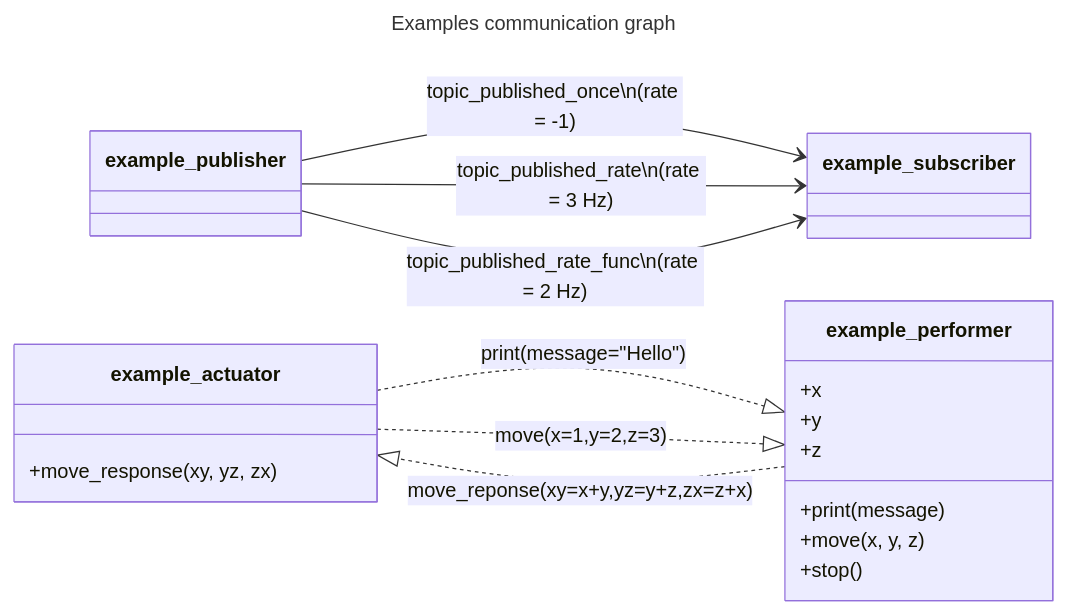
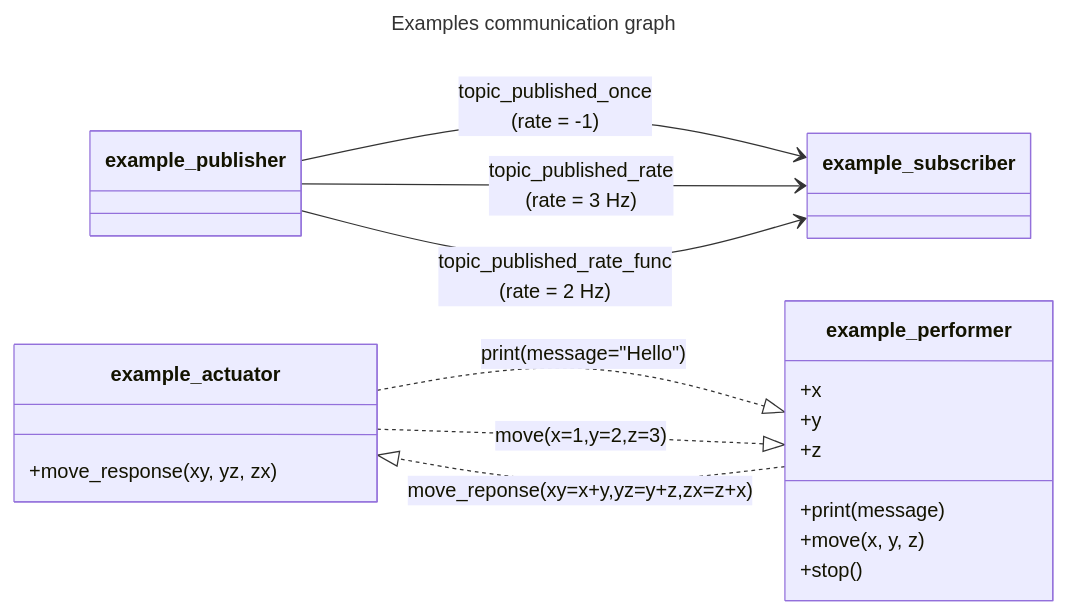
One commit to PYBrulin/axone changed the seventh of 9 diagrams in README.md. Above: the diagram before and after it, drawn with Mermaid. The commit also changed other lines of this file and 3 other files, not shown here.

````diff
--- a/README.md
+++ b/README.md
@@ -339,27 +329,27 @@
 ```mermaid
 ---
 title: Examples communication graph
 ---
 classDiagram
     direction LR
     class example_publisher
     class example_subscriber
     class example_actuator{
         +move_response(xy, yz, zx)
     }
     class example_performer{
         +x
         +y
         +z
         +print(message)
         +move(x, y, z)
         +stop()
     }
 
-    example_publisher --> example_subscriber : topic_published_once\n(rate = -1)
-    example_publisher --> example_subscriber : topic_published_rate\n(rate = 3 Hz)
-    example_publisher --> example_subscriber : topic_published_rate_func\n(rate = 2 Hz)
+    example_publisher --> example_subscriber : topic_published_once</br>(rate = -1)
+    example_publisher --> example_subscriber : topic_published_rate</br>(rate = 3 Hz)
+    example_publisher --> example_subscriber : topic_published_rate_func</br>(rate = 2 Hz)
     example_actuator ..|> example_performer : print(message="Hello")
     example_actuator ..|> example_performer : move(x=1,y=2,z=3)
     example_performer ..|> example_actuator : move_reponse(xy=x+y,yz=y+z,zx=z+x)
 ```
````
